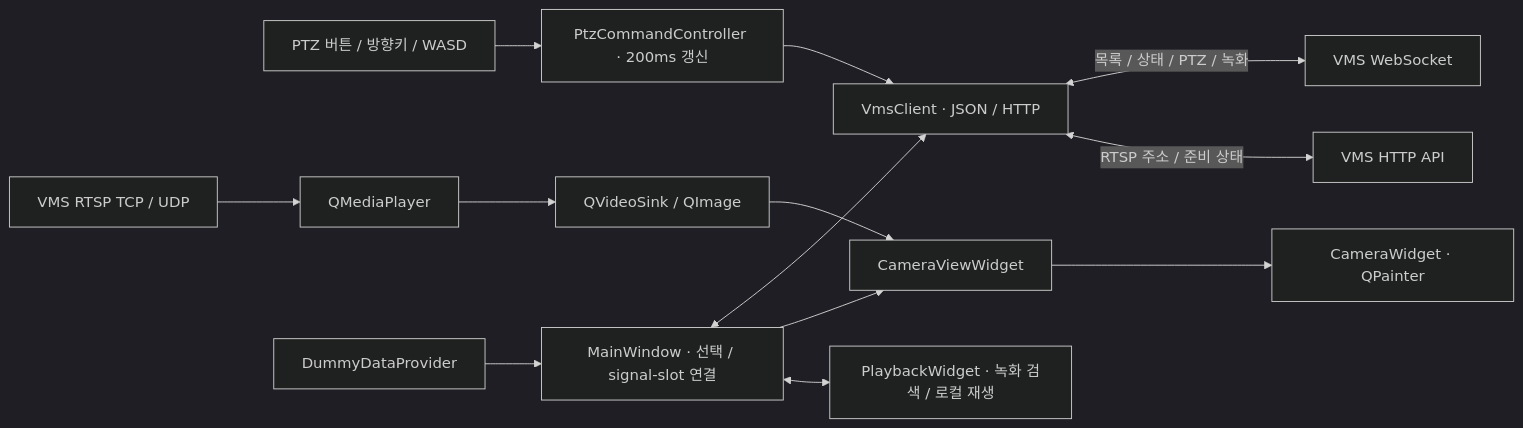
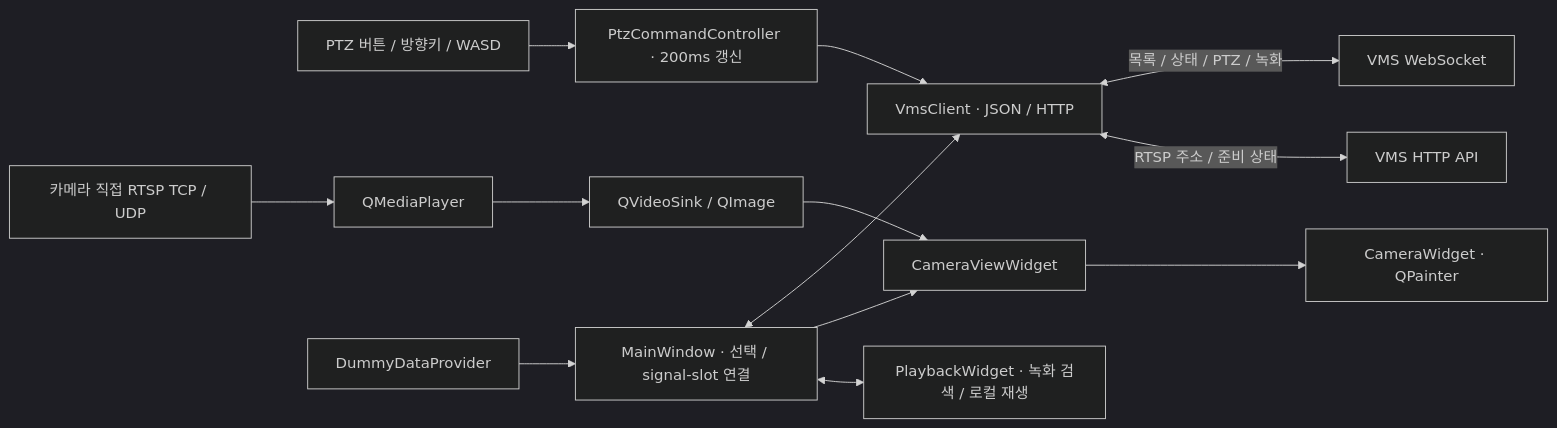
One commit to PTZ-CAMERA/Qt_Client changed the second of 2 diagrams in README.md. Above: the diagram before and after it, drawn with Mermaid (dark theme). The commit also changed other lines of this file and 30 other files, not shown here.

````diff
--- a/README.md
+++ b/README.md
@@ -43,15 +44,15 @@
 ```mermaid
 flowchart LR
     Input["PTZ 버튼 / 방향키 / WASD"] --> PTZ["PtzCommandController · 200ms 갱신"]
     PTZ --> Client["VmsClient · JSON / HTTP"]
     Main["MainWindow · 선택 / signal-slot 연결"] <--> Client
     Client <-->|"목록 / 상태 / PTZ / 녹화"| WS["VMS WebSocket"]
     Client <-->|"RTSP 주소 / 준비 상태"| REST["VMS HTTP API"]
     Main --> View["CameraViewWidget"]
-    RTSP["VMS RTSP TCP / UDP"] --> Player["QMediaPlayer"]
+    RTSP["카메라 직접 RTSP TCP / UDP"] --> Player["QMediaPlayer"]
     Player --> Sink["QVideoSink / QImage"]
     Sink --> View
     View --> Painter["CameraWidget · QPainter"]
     Main <--> Playback["PlaybackWidget · 녹화 검색 / 로컬 재생"]
     Dummy["DummyDataProvider"] --> Main
 ```
````
